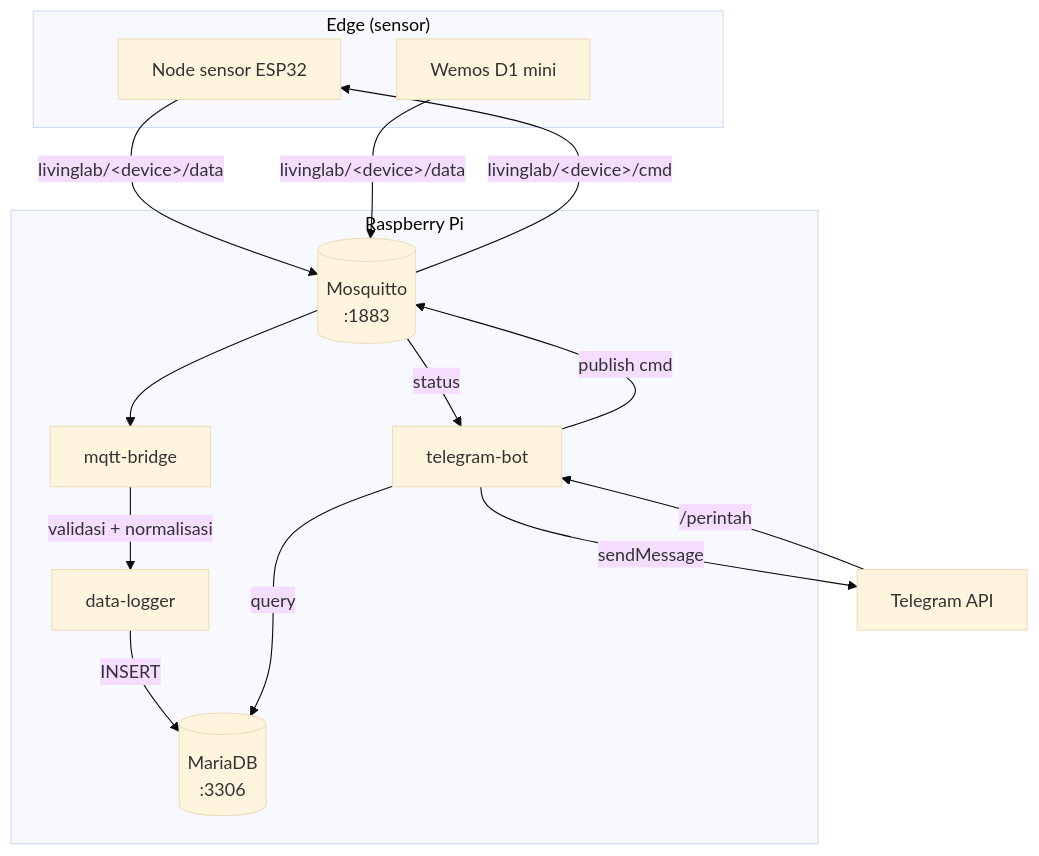
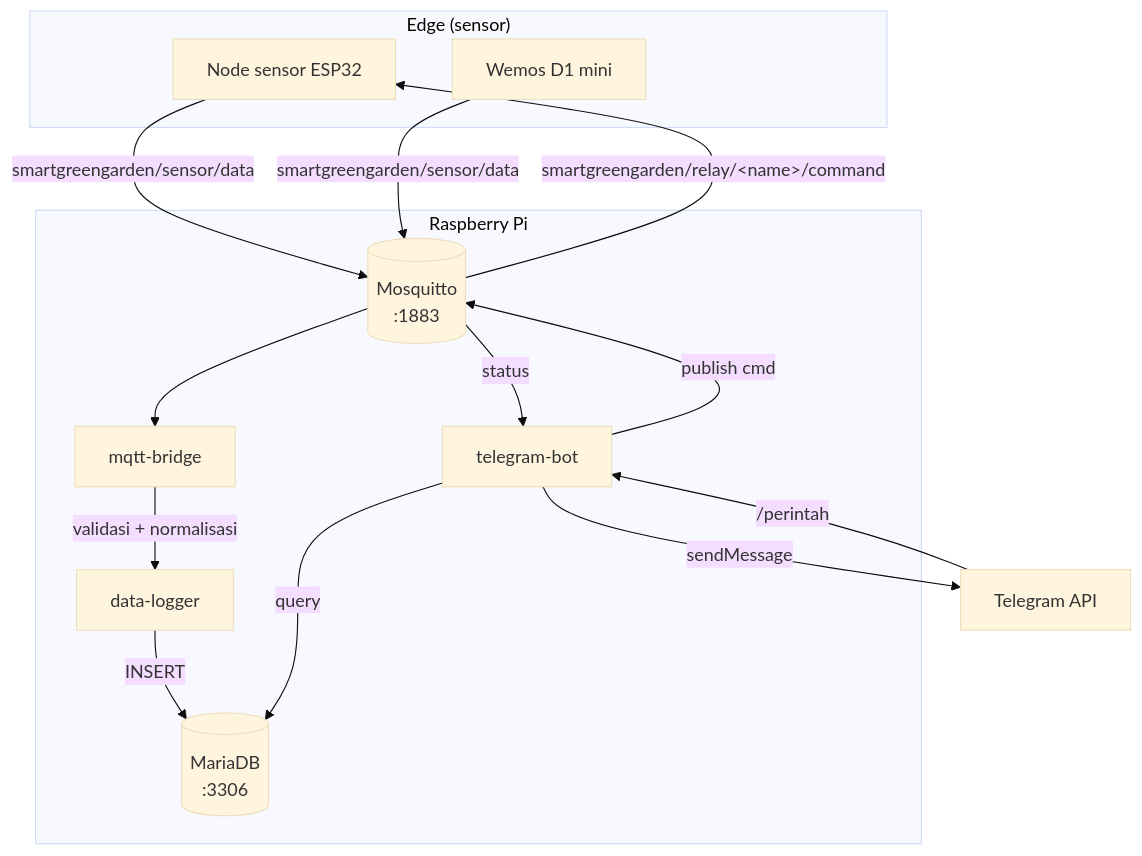
Before and after one commit to livinglab-source/Romyadhy: the first of 2 diagrams in docs/architecture.id.md, drawn with Mermaid (base theme). The commit also changed other lines of this file and 32 other files, not shown here.

````diff
--- a/docs/architecture.id.md
+++ b/docs/architecture.id.md
@@ -13,29 +13,29 @@
 ```mermaid
 flowchart TB
   subgraph Edge["Edge (sensor)"]
     ESP["Node sensor ESP32"]
     WEM["Wemos D1 mini"]
   end
 
   subgraph Pi["Raspberry Pi"]
     MQ[("Mosquitto<br/>:1883")]
     BR["mqtt-bridge"]
     LOG["data-logger"]
     BOT["telegram-bot"]
     DB[("MariaDB<br/>:3306")]
   end
 
   TG["Telegram API"]
 
-  ESP -->|"livinglab/&lt;device&gt;/data"| MQ
-  WEM -->|"livinglab/&lt;device&gt;/data"| MQ
+  ESP -->|"smartgreengarden/sensor/data"| MQ
+  WEM -->|"smartgreengarden/sensor/data"| MQ
   MQ --> BR
   BR -->|"validasi + normalisasi"| LOG
   LOG -->|"INSERT"| DB
   MQ -->|"status"| BOT
   BOT -->|"sendMessage"| TG
   TG -->|"/perintah"| BOT
   BOT -->|"query"| DB
   BOT -->|"publish cmd"| MQ
-  MQ -->|"livinglab/&lt;device&gt;/cmd"| ESP
+  MQ -->|"smartgreengarden/relay/&lt;name&gt;/command"| ESP
 ```
````
